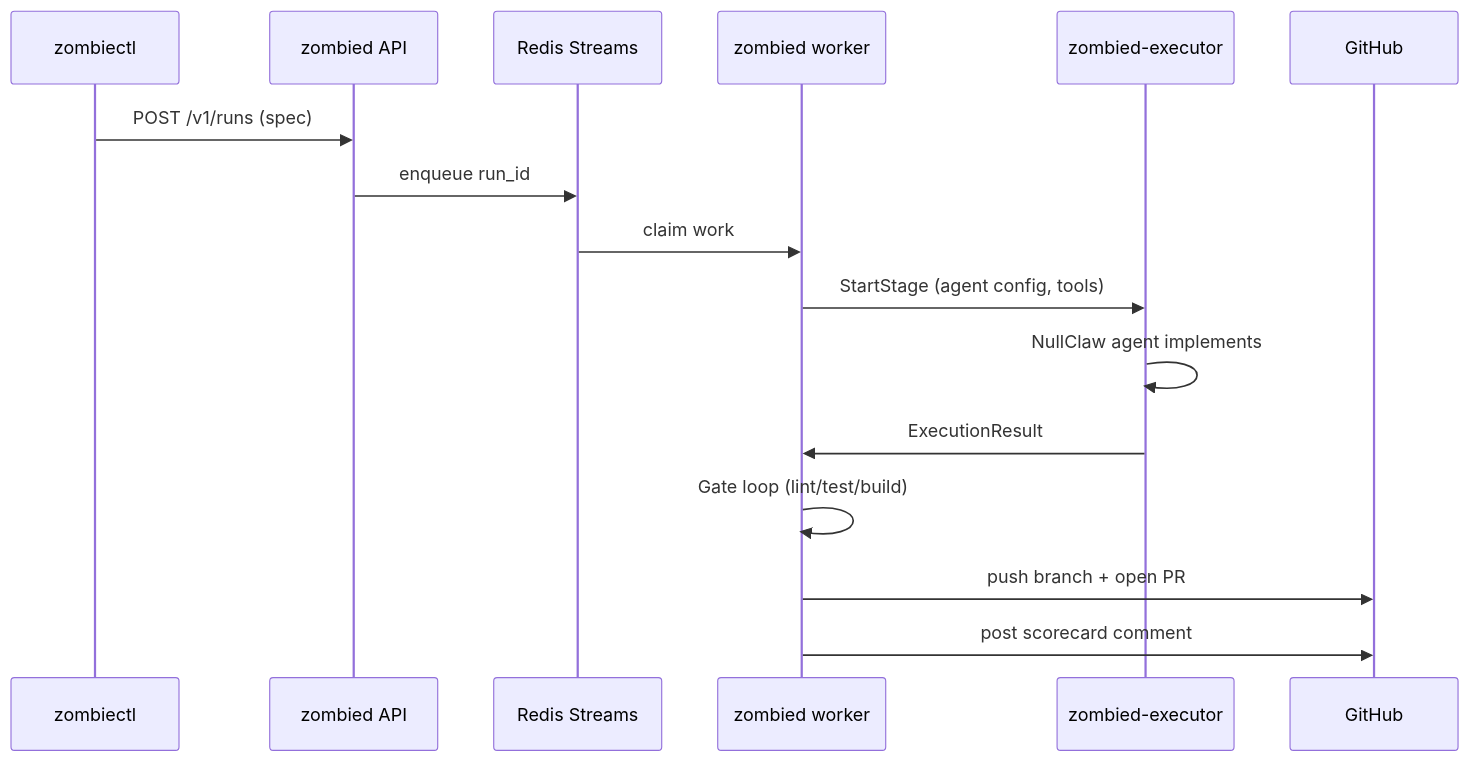
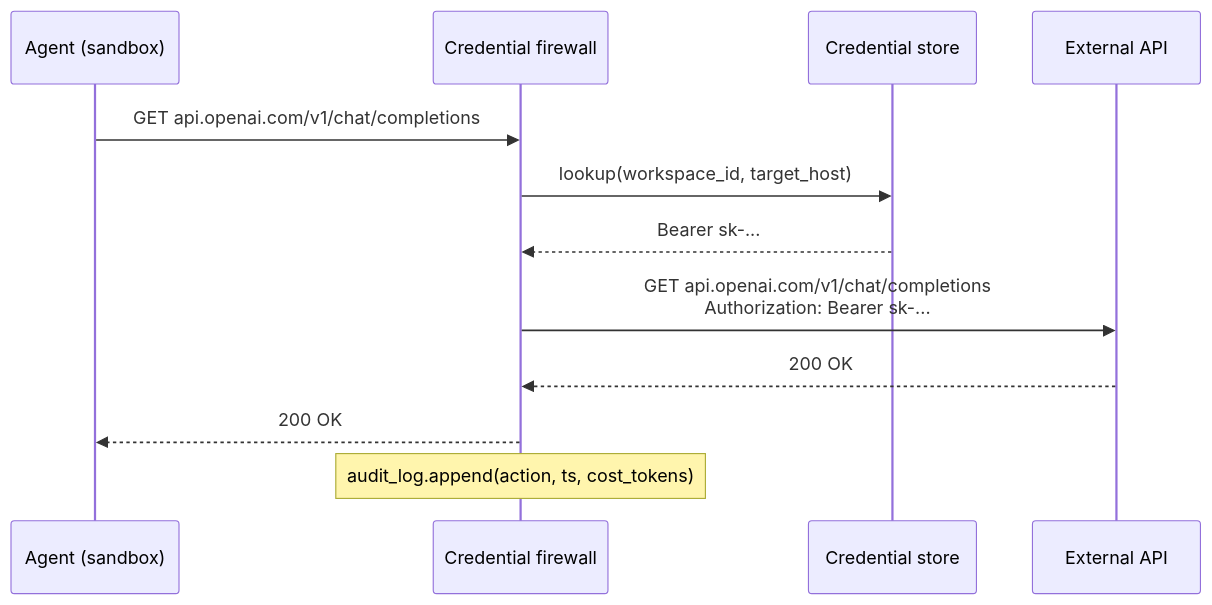
One commit to usezombie/docs changed the second of 3 diagrams in how-it-works.mdx. Above: the diagram before and after it, drawn with Mermaid. The commit also changed other lines of this file and 1 other file, not shown here.

First line of the commit message:
docs: reflect v2 pivot — agent hosting, credential firewall

````diff
--- a/how-it-works.mdx
+++ b/how-it-works.mdx
@@ -86,19 +51,15 @@
 ```mermaid
 sequenceDiagram
-    participant CLI as zombiectl
-    participant API as zombied API
-    participant Q as Redis Streams
-    participant W as zombied worker
-    participant E as zombied-executor
-    participant GH as GitHub
+    participant A as Agent (sandbox)
+    participant F as Credential firewall
+    participant V as Credential store
+    participant E as External API
 
-    CLI->>API: POST /v1/runs (spec)
-    API->>Q: enqueue run_id
-    Q->>W: claim work
-    W->>E: StartStage (agent config, tools)
-    E->>E: NullClaw agent implements
-    E->>W: ExecutionResult
-    W->>W: Gate loop (lint/test/build)
-    W->>GH: push branch + open PR
-    W->>GH: post scorecard comment
+    A->>F: GET api.openai.com/v1/chat/completions
+    F->>V: lookup(workspace_id, target_host)
+    V-->>F: Bearer sk-...
+    F->>E: GET api.openai.com/v1/chat/completions<br/>Authorization: Bearer sk-...
+    E-->>F: 200 OK
+    F-->>A: 200 OK
+    Note over F: audit_log.append(action, ts, cost_tokens)
 ```
````
